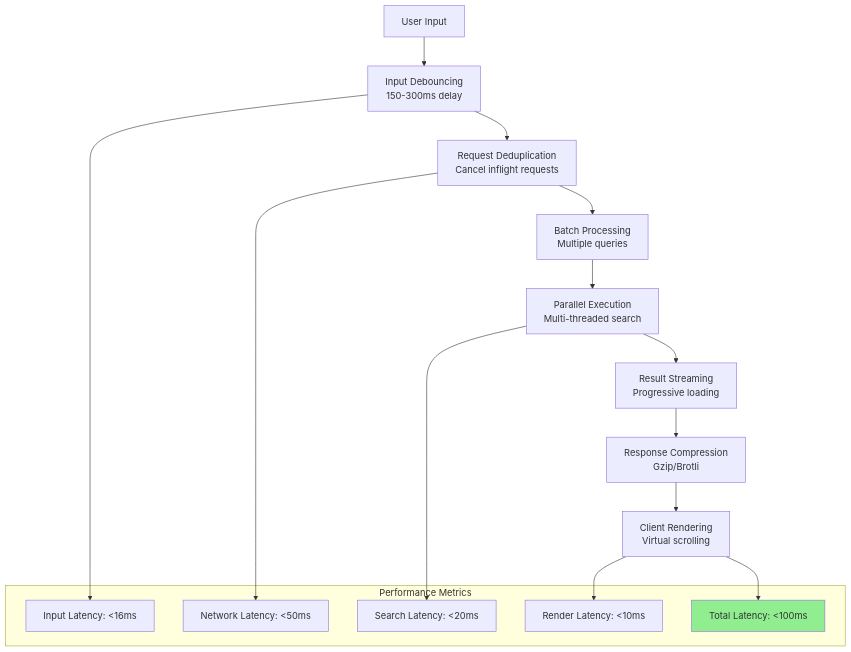
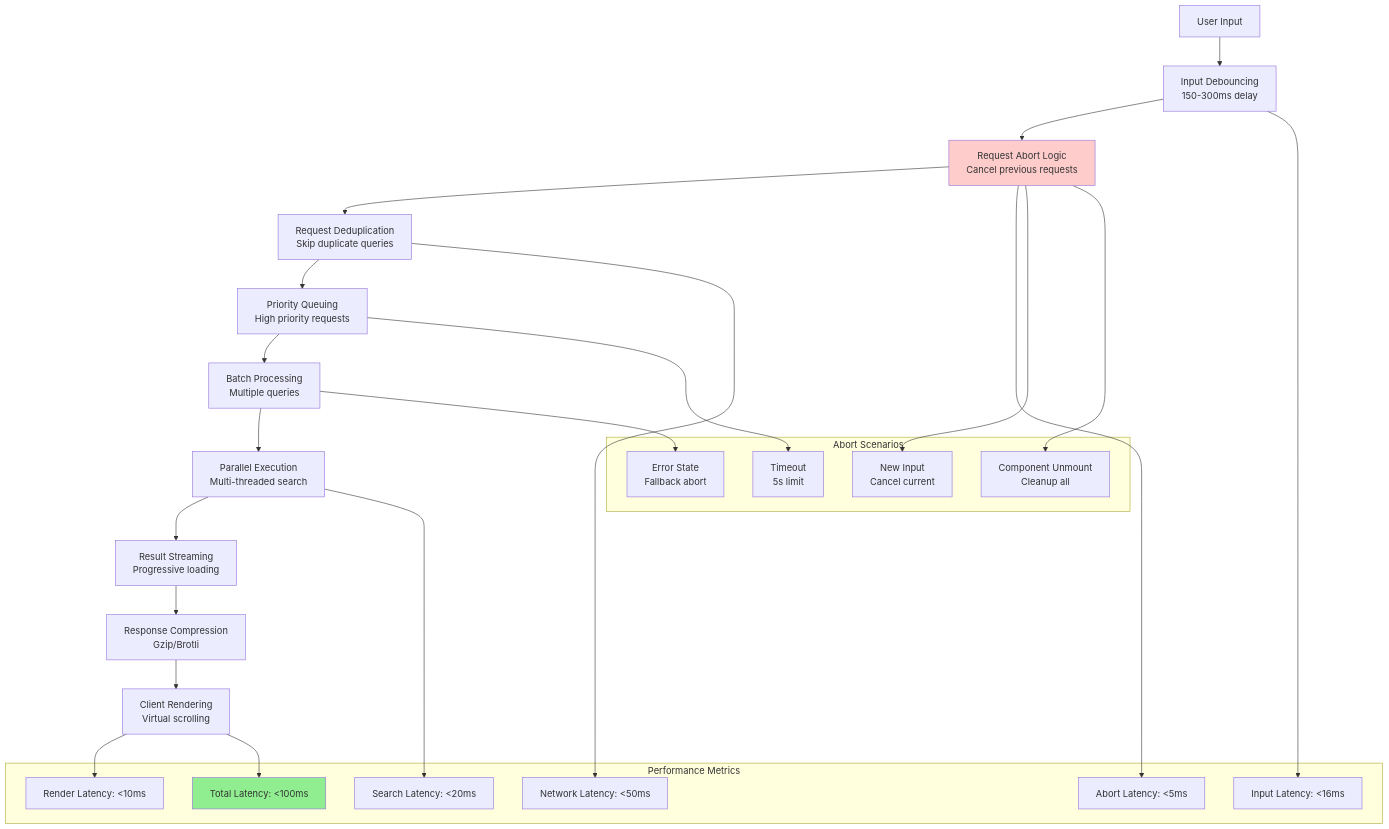
Before and after one commit to pratheeshpm/brahmastra: diagram 14 of 24 in frontend-system-design/10-search-autocomplete/README.md, drawn with Mermaid. The commit also changed other lines of this file and 280 other files, not shown here.

````diff
--- a/frontend-system-design/10-search-autocomplete/README.md
+++ b/frontend-system-design/10-search-autocomplete/README.md
@@ -911,26 +1486,42 @@
 ```mermaid
 graph TD
     A[User Input] --> B[Input Debouncing<br/>150-300ms delay]
-    B --> C[Request Deduplication<br/>Cancel inflight requests]
-    C --> D[Batch Processing<br/>Multiple queries]
-    D --> E[Parallel Execution<br/>Multi-threaded search]
-    E --> F[Result Streaming<br/>Progressive loading]
-    F --> G[Response Compression<br/>Gzip/Brotli]
-    G --> H[Client Rendering<br/>Virtual scrolling]
+    B --> C[Request Abort Logic<br/>Cancel previous requests]
+    C --> D[Request Deduplication<br/>Skip duplicate queries]
+    D --> E[Priority Queuing<br/>High priority requests]
+    E --> F[Batch Processing<br/>Multiple queries]
+    F --> G[Parallel Execution<br/>Multi-threaded search]
+    G --> H[Result Streaming<br/>Progressive loading]
+    H --> I[Response Compression<br/>Gzip/Brotli]
+    I --> J[Client Rendering<br/>Virtual scrolling]
+    
+    subgraph "Abort Scenarios"
+        AS1[New Input<br/>Cancel current]
+        AS2[Component Unmount<br/>Cleanup all]
+        AS3[Timeout<br/>5s limit]
+        AS4[Error State<br/>Fallback abort]
+    end
     
     subgraph "Performance Metrics"
         P1[Input Latency: <16ms]
-        P2[Network Latency: <50ms]
-        P3[Search Latency: <20ms]
-        P4[Render Latency: <10ms]
-        P5[Total Latency: <100ms]
+        P2[Abort Latency: <5ms]
+        P3[Network Latency: <50ms]
+        P4[Search Latency: <20ms]
+        P5[Render Latency: <10ms]
+        P6[Total Latency: <100ms]
     end
     
     B --> P1
     C --> P2
-    E --> P3
-    H --> P4
-    H --> P5
+    C --> AS1
+    C --> AS2
+    E --> AS3
+    F --> AS4
+    D --> P3
+    G --> P4
+    J --> P5
+    J --> P6
     
-    style P5 fill:#90EE90
+    style P6 fill:#90EE90
+    style C fill:#ffcccc
 ```
````
